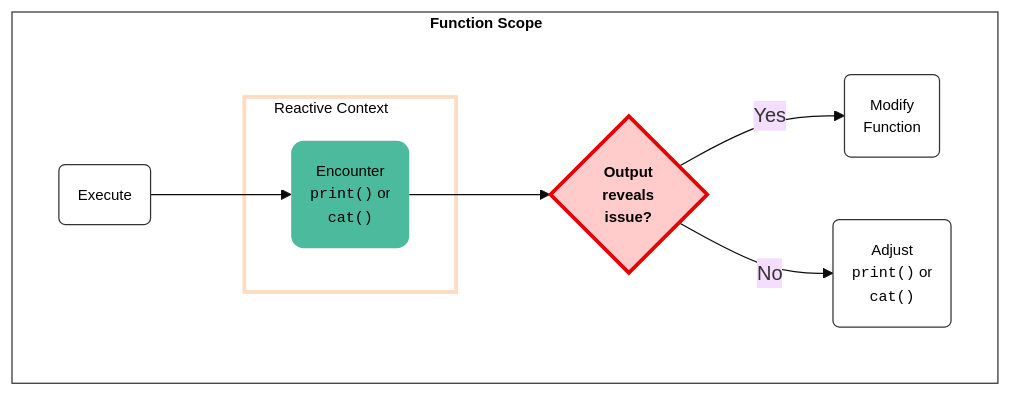
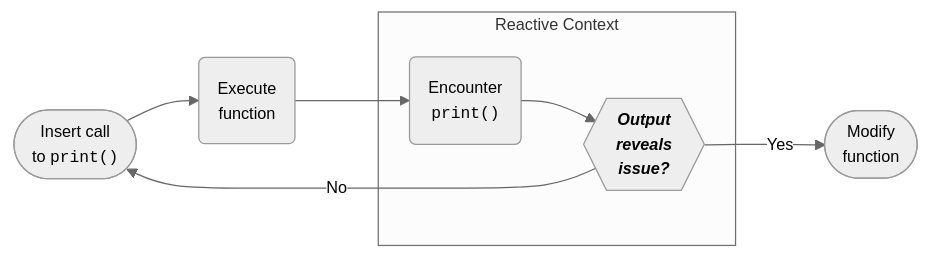
Before and after one commit to mjfrigaard/shiny-app-pkgs: the second of 2 diagrams in debug_print.qmd, drawn with Mermaid. The commit also changed other lines of this file and 33 other files, not shown here.

````diff
--- a/debug_print.qmd
+++ b/debug_print.qmd
@@ -113,23 +105,16 @@
 ```{mermaid}
-%%| label: reactive_print_statement
+%%| fig-cap: "Reactive print debugging with `print()` function calls"
 %%| fig-align: center
-%%| fig-cap: 'Reactive print debugging with `print()` or `cat()`'
-%%{init: {'theme': 'base', 'themeVariables': { 'fontFamily': 'monospace'}}}%%
-flowchart TD
-    subgraph FunctionScope [<strong>Function Scope</strong>]
-    style FunctionScope fill:#FFF,color:#000,stroke:#333,font-size:12px
+%%{init: {'theme': 'neutral', 'themeVariables': { 'fontFamily': 'monospace', "fontSize":"13px"}}}%%
+flowchart LR
+        Insert(["Insert call<br>to <code>print()</code>"]) 
+        Exec("Execute<br>function") 
+        Insert --> Exec --> Print("Encounter<br><code>print()</code>") 
         subgraph Reactive["Reactive Context"]
-        style Reactive fill:#fff,stroke:#FEDBC1,stroke-width:3px,color:#000,font-size:12px
-            Print("Encounter<br><code>print()</code> or<br><code>cat()</code>")
-            style Print fill:#4CBB9D,stroke:none,color:#000,rx:10,ry:10,font-size:12px
+            Print 
+            Issue{{"<strong><em>Output<br>reveals<br>issue?</em></strong>"}}
+            Print --> Issue
         end
-        Start("Execute") --> Print("Encounter<br><code>print()</code> or<br><code>cat()</code>")
-        style Start fill:#FFF,stroke:#333,stroke-width:1px,color:#000,font-size:12px
-        Print --> Issue{"<strong>Output<br>reveals<br>issue?</strong>"}
-        style Issue fill:#ffcccb,stroke:#e60000,stroke-width:3px,color:#000,font-size:12px
-        Issue -- Yes --> Mod("Modify<br>Function")
-        style Mod fill:#FFF,stroke:#333,stroke-width:1px,color:#000,font-size:12px
-        Issue -- No --> Debug("Adjust<br><code>print()</code> or<br><code>cat()</code>")
-        style Debug fill:#FFF,stroke:#333,stroke-width:1px,color:#000,font-size:12px
-    end
+        Issue -- "Yes" --> Mod(["Modify<br>function"])
+        Issue -- "No" --> Insert
 ```
````
